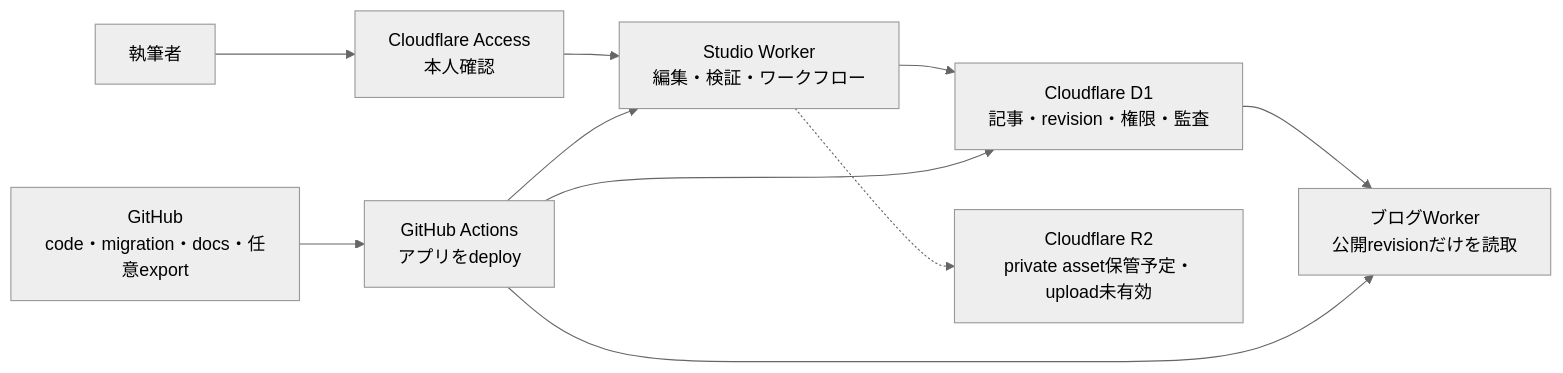
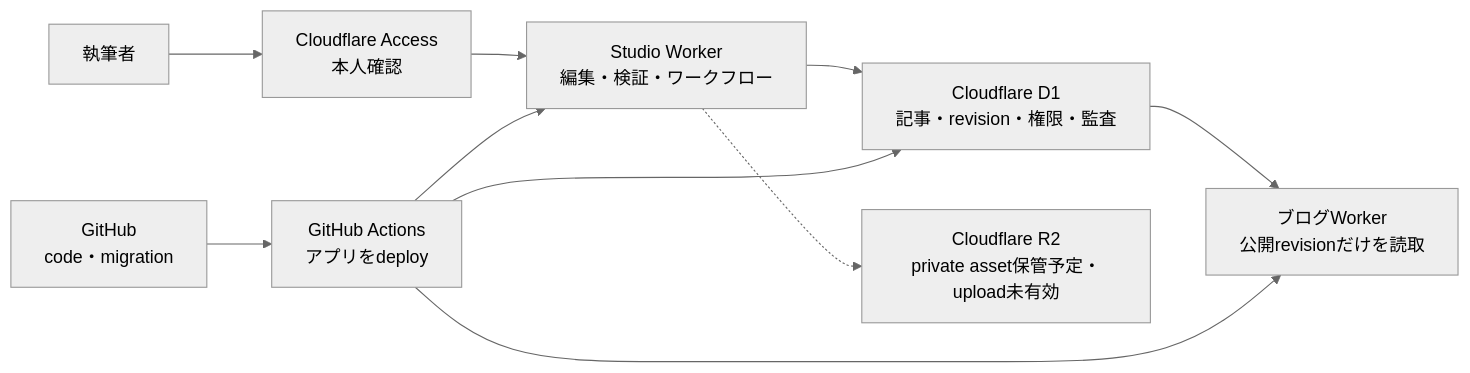
Before and after one commit to mani1261790/Noema: the diagram in docs/studio-blog-connectivity.md, drawn with Mermaid (neutral theme). The commit also changed other lines of this file and 4 other files, not shown here.

Commit message:
Document CMS editorial and deployment flows

````diff
--- a/docs/studio-blog-connectivity.md
+++ b/docs/studio-blog-connectivity.md
@@ -17,12 +25,12 @@
 ```mermaid
 flowchart LR
   Author["執筆者"] --> Access["Cloudflare Access<br/>本人確認"]
   Access --> Studio["Studio Worker<br/>編集・検証・ワークフロー"]
   Studio --> D1["Cloudflare D1<br/>記事・revision・権限・監査"]
   D1 --> Blog["ブログWorker<br/>公開revisionだけを読取"]
   Studio -.-> R2["Cloudflare R2<br/>private asset保管予定・upload未有効"]
-  GitHub["GitHub<br/>code・migration・docs・任意export"] --> Actions["GitHub Actions<br/>アプリをdeploy"]
+  GitHub["GitHub<br/>code・migration"] --> Actions["GitHub Actions<br/>アプリをdeploy"]
   Actions --> D1
   Actions --> Blog
   Actions --> Studio
 ```
````
